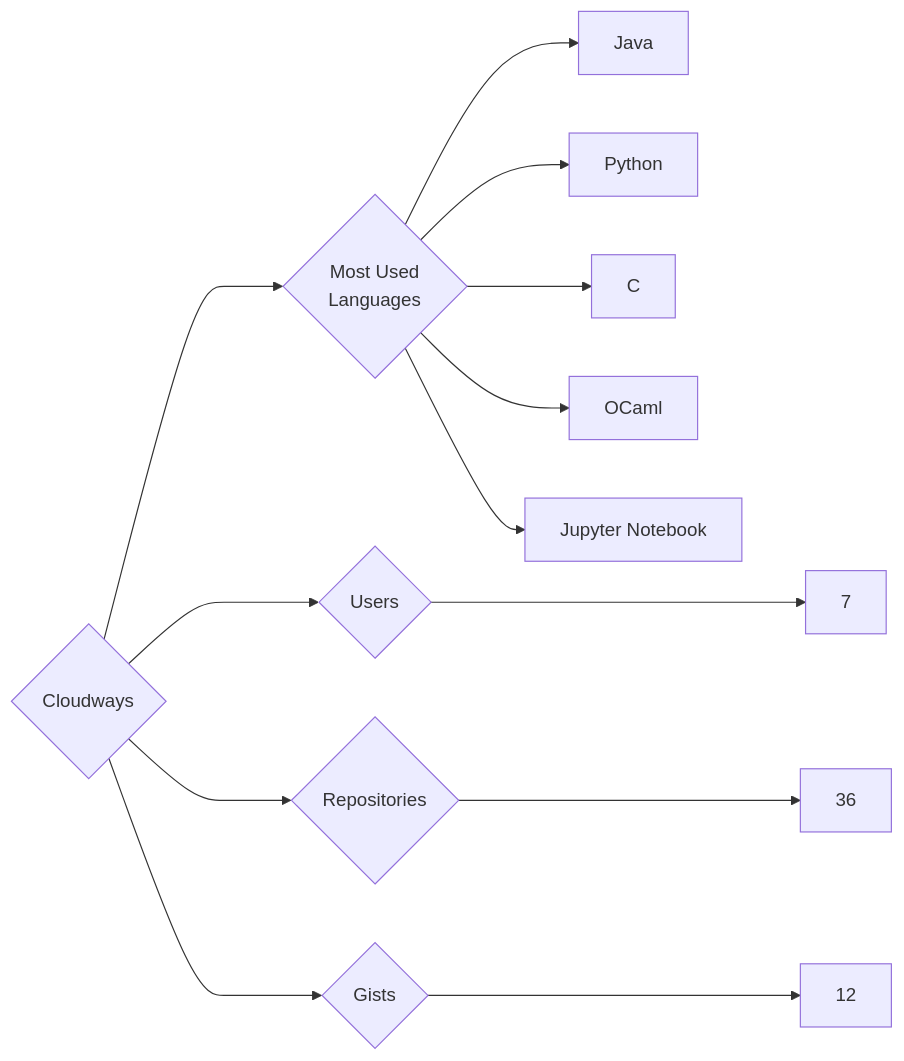
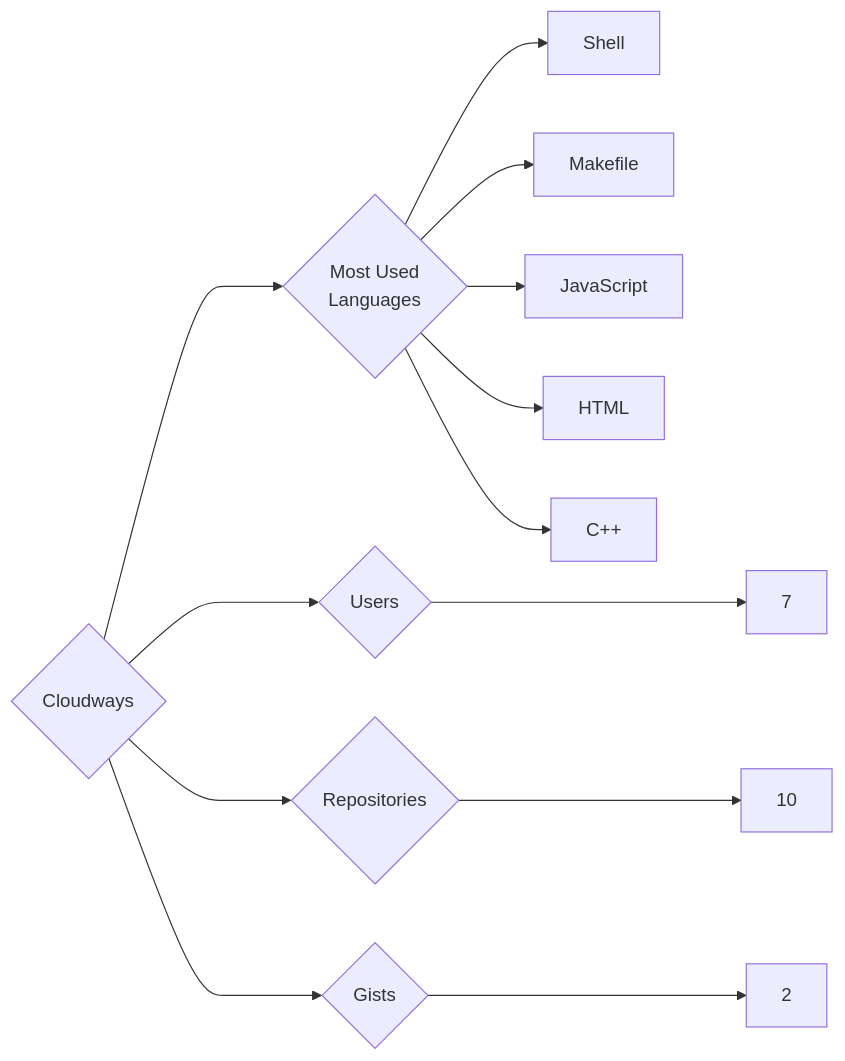
The diagram in targets/Cloudways/README.md (trickest/insiders), drawn with Mermaid before and after one commit. The commit also changed 873 other files, not shown here.

````diff
--- a/targets/Cloudways/README.md
+++ b/targets/Cloudways/README.md
@@ -3,13 +3,13 @@
 ```mermaid
 graph LR
 COMPANY_NAME{Cloudways}
 COMPANY_NAME ---> U{Users} ---> UN[7]
-COMPANY_NAME ---> R{Repositories} ---> RN[36]
-COMPANY_NAME ---> G{Gists} ---> GN[12]
+COMPANY_NAME ---> R{Repositories} ---> RN[10]
+COMPANY_NAME ---> G{Gists} ---> GN[2]
 COMPANY_NAME ---> ML{Most Used<br>Languages}
-ML --> Java[Java]
-ML --> Python[Python]
-ML --> C[C]
-ML --> OCaml[OCaml]
-ML --> Jupyter_Notebook[Jupyter Notebook]
+ML --> Shell[Shell]
+ML --> Makefile[Makefile]
+ML --> JavaScript[JavaScript]
+ML --> HTML[HTML]
+ML --> C++[C++]
 ```
````
